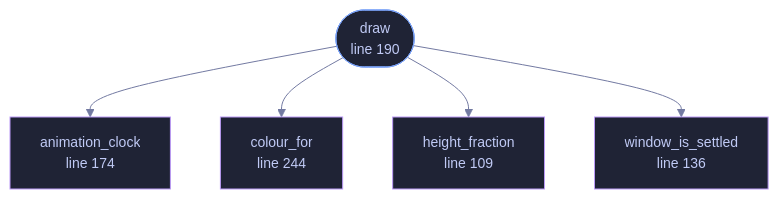
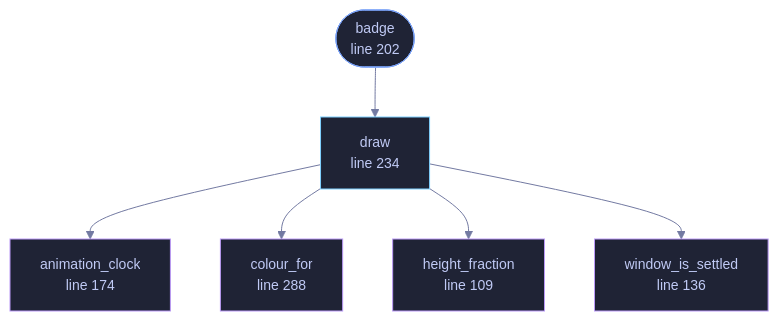
The diagram in wiki/File-veilvoice-gui-soundbar.md (tilas01/veilvoice), drawn with Mermaid before and after one commit. The commit also changed other lines of this file and 102 other files, not shown here.

````diff
--- a/wiki/File-veilvoice-gui-soundbar.md
+++ b/wiki/File-veilvoice-gui-soundbar.md
@@ -109,22 +109,27 @@
 ```mermaid
 %%{init: {"theme":"base","themeVariables":{"background":"#1a1b26","primaryColor":"#1f2335","primaryTextColor":"#c0caf5","primaryBorderColor":"#7aa2f7","secondaryColor":"#16161e","tertiaryColor":"#16161e","lineColor":"#737aa2","textColor":"#c0caf5","mainBkg":"#1f2335","nodeBorder":"#7aa2f7","clusterBkg":"#16161e","clusterBorder":"#2f3549","fontFamily":"ui-monospace, SFMono-Regular, Consolas, monospace","fontSize":"14px"}}}%%
 flowchart TD
     n_height_fraction["height_fraction<br/>line 109"]
     n_window_is_settled["window_is_settled<br/>line 136"]
     n_animation_clock["animation_clock<br/>line 174"]
-    n_draw(["draw<br/>line 190"])
-    n_colour_for["colour_for<br/>line 244"]
+    n_badge(["badge<br/>line 202"])
+    n_draw["draw<br/>line 234"]
+    n_colour_for["colour_for<br/>line 288"]
+    n_badge --> n_draw
     n_draw --> n_animation_clock
     n_draw --> n_colour_for
     n_draw --> n_height_fraction
     n_draw --> n_window_is_settled
     click n_height_fraction href "https://github.com/tilas01/veilvoice/blob/main/crates/veilvoice-gui/src/soundbar.rs#L109" "open the source"
     click n_window_is_settled href "https://github.com/tilas01/veilvoice/blob/main/crates/veilvoice-gui/src/soundbar.rs#L136" "open the source"
     click n_animation_clock href "https://github.com/tilas01/veilvoice/blob/main/crates/veilvoice-gui/src/soundbar.rs#L174" "open the source"
-    click n_draw href "https://github.com/tilas01/veilvoice/blob/main/crates/veilvoice-gui/src/soundbar.rs#L190" "open the source"
-    click n_colour_for href "https://github.com/tilas01/veilvoice/blob/main/crates/veilvoice-gui/src/soundbar.rs#L244" "open the source"
+    click n_badge href "https://github.com/tilas01/veilvoice/blob/main/crates/veilvoice-gui/src/soundbar.rs#L202" "open the source"
+    click n_draw href "https://github.com/tilas01/veilvoice/blob/main/crates/veilvoice-gui/src/soundbar.rs#L234" "open the source"
+    click n_colour_for href "https://github.com/tilas01/veilvoice/blob/main/crates/veilvoice-gui/src/soundbar.rs#L288" "open the source"
     classDef entry fill:#1f2335,stroke:#7aa2f7,color:#c0caf5
-    class n_draw entry
+    class n_badge entry
+    classDef api fill:#1f2335,stroke:#7dcfff,color:#c0caf5
+    class n_draw api
     classDef helper fill:#1f2335,stroke:#bb9af7,color:#c0caf5
     class n_height_fraction,n_window_is_settled,n_animation_clock,n_colour_for helper
 ```
````
